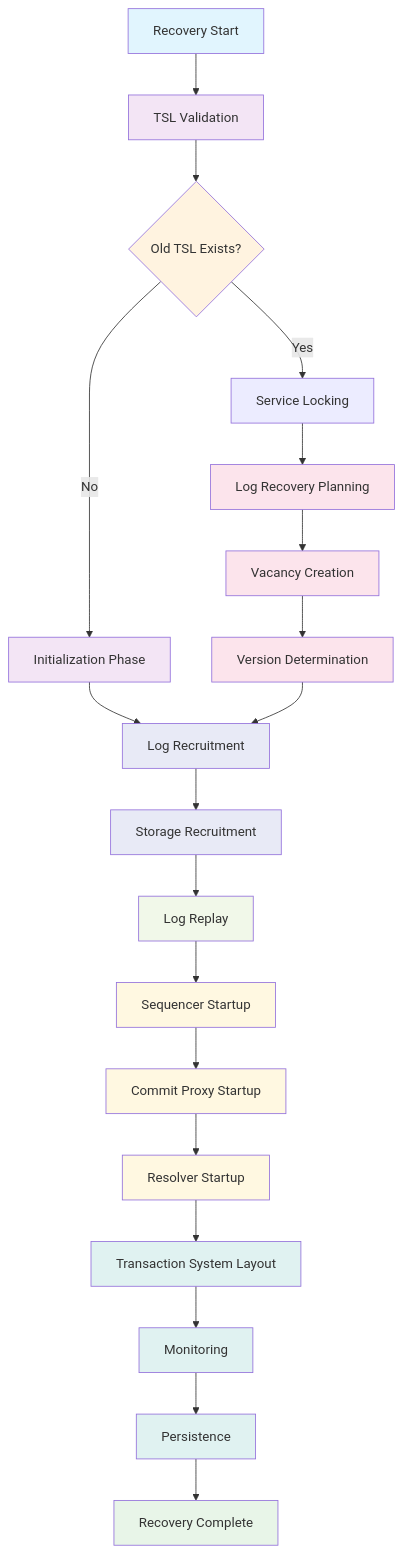
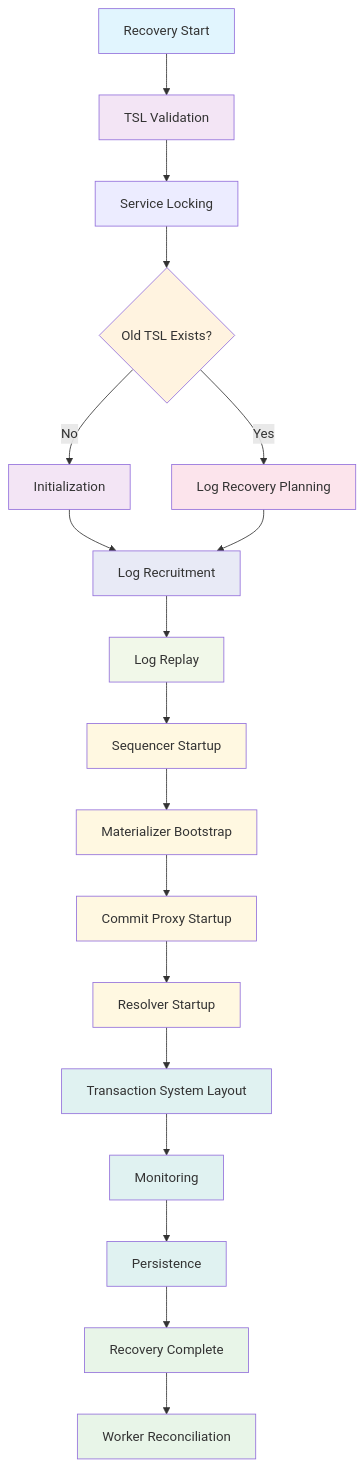
The diagram in guides/quick-reads/recovery.md (bedrock-kv/bedrock), drawn with Mermaid before and after one commit. The commit also changed other lines of this file and 4 other files, not shown here.

````diff
--- a/guides/quick-reads/recovery.md
+++ b/guides/quick-reads/recovery.md
@@ -7,48 +13,39 @@
 ```mermaid
 flowchart TD
     Start[Recovery Start] --> TSL[TSL Validation]
-    TSL --> Decision{Old TSL Exists?}
-    Decision -->|No| Init[Initialization Phase]
-    Decision -->|Yes| Locking[Service Locking]
+    TSL --> Locking[Service Locking]
+    Locking --> Decision{Old TSL Exists?}
+    Decision -->|No| Init[Initialization]
+    Decision -->|Yes| LogPlan[Log Recovery Planning]
 
-    %% Service locking always leads to log planning for existing clusters
-    Locking --> LogPlan[Log Recovery Planning]
-    
-    %% New cluster path (shorter)
     Init --> LogRecruit[Log Recruitment]
-    
-    %% Existing cluster recovery path
-    LogPlan --> Vacancy[Vacancy Creation]
-    Vacancy --> Version[Version Determination]
-    Version --> LogRecruit
-    
-    %% Convergence point - both paths merge here
-    LogRecruit --> Storage[Storage Recruitment]
-    Storage --> Replay[Log Replay]
+    LogPlan --> LogRecruit
+
+    LogRecruit --> Replay[Log Replay]
     Replay --> Sequencer[Sequencer Startup]
-    Sequencer --> CommitProxy[Commit Proxy Startup]
+    Sequencer --> Materializer[Materializer Bootstrap]
+    Materializer --> CommitProxy[Commit Proxy Startup]
     CommitProxy --> Resolver[Resolver Startup]
     Resolver --> Layout[Transaction System Layout]
     Layout --> Monitor[Monitoring]
     Monitor --> Persist[Persistence]
     Persist --> Complete[Recovery Complete]
-    
-    %% Styling
+    Complete --> Reconcile[Worker Reconciliation]
+
     style Start fill:#e1f5fe
     style TSL fill:#f3e5f5
     style Complete fill:#e8f5e8
     style Decision fill:#fff3e0
     style Init fill:#f3e5f5
     style LogPlan fill:#fce4ec
-    style Vacancy fill:#fce4ec
-    style Version fill:#fce4ec
     style LogRecruit fill:#e8eaf6
-    style Storage fill:#e8eaf6
     style Replay fill:#f1f8e9
     style Sequencer fill:#fff8e1
+    style Materializer fill:#fff8e1
     style CommitProxy fill:#fff8e1
     style Resolver fill:#fff8e1
     style Layout fill:#e0f2f1
     style Persist fill:#e0f2f1
     style Monitor fill:#e0f2f1
+    style Reconcile fill:#e8f5e8
 ```
````
